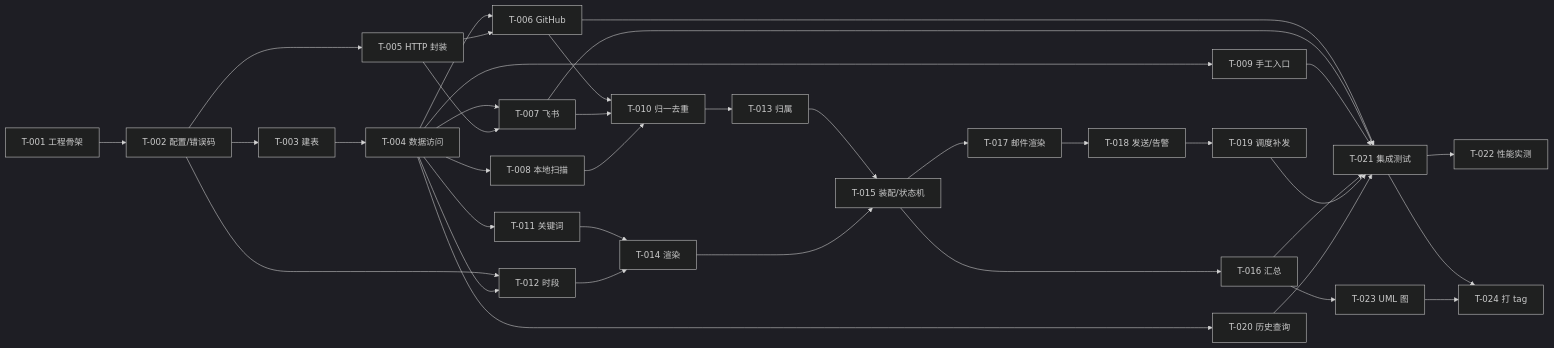
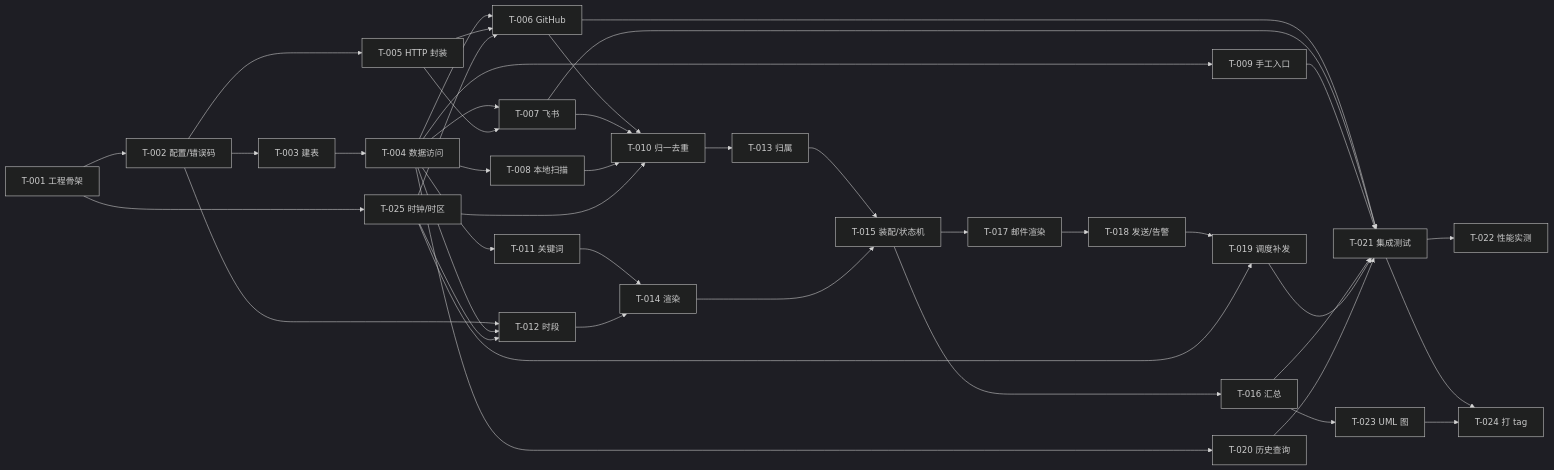
The diagram in specs/tasks.md (tanyaoting/SDDAndAIProgramming), drawn with Mermaid (dark theme) before and after one commit. The commit also changed other lines of this file and 4 other files, not shown here.

````diff
--- a/specs/tasks.md
+++ b/specs/tasks.md
@@ -103,39 +109,44 @@
 ```mermaid
 flowchart LR
     T001[T-001 工程骨架] --> T002[T-002 配置/错误码]
+    T001 --> T025[T-025 时钟/时区]
     T002 --> T003[T-003 建表]
     T003 --> T004[T-004 数据访问]
     T002 --> T005[T-005 HTTP 封装]
     T004 --> T006[T-006 GitHub]
     T005 --> T006
+    T025 --> T006
     T004 --> T007[T-007 飞书]
     T005 --> T007
     T004 --> T008[T-008 本地扫描]
     T004 --> T009[T-009 手工入口]
     T006 --> T010[T-010 归一去重]
     T007 --> T010
     T008 --> T010
+    T025 --> T010
     T004 --> T011[T-011 关键词]
     T002 --> T012[T-012 时段]
     T004 --> T012
+    T025 --> T012
     T010 --> T013[T-013 归属]
     T011 --> T014[T-014 渲染]
     T012 --> T014
     T013 --> T015[T-015 装配/状态机]
     T014 --> T015
     T015 --> T016[T-016 汇总]
     T015 --> T017[T-017 邮件渲染]
     T017 --> T018[T-018 发送/告警]
     T018 --> T019[T-019 调度补发]
+    T025 --> T019
     T004 --> T020[T-020 历史查询]
     T006 --> T021[T-021 集成测试]
     T007 --> T021
     T009 --> T021
     T016 --> T021
     T019 --> T021
     T020 --> T021
     T021 --> T022[T-022 性能实测]
     T021 --> T024[T-024 打 tag]
     T016 --> T023[T-023 UML 图]
     T023 --> T024
 ```
````
